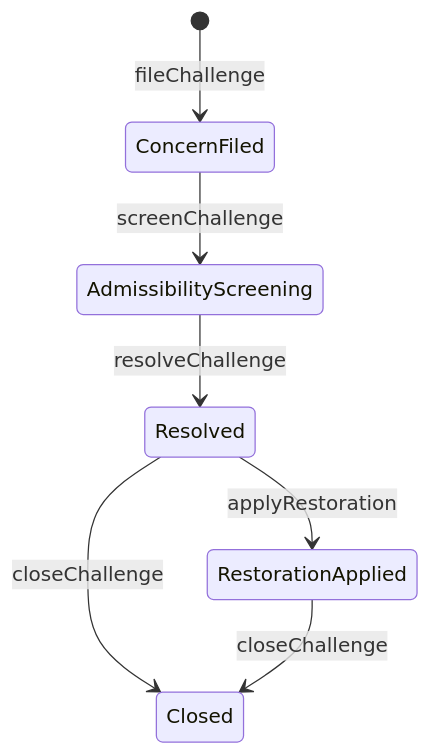
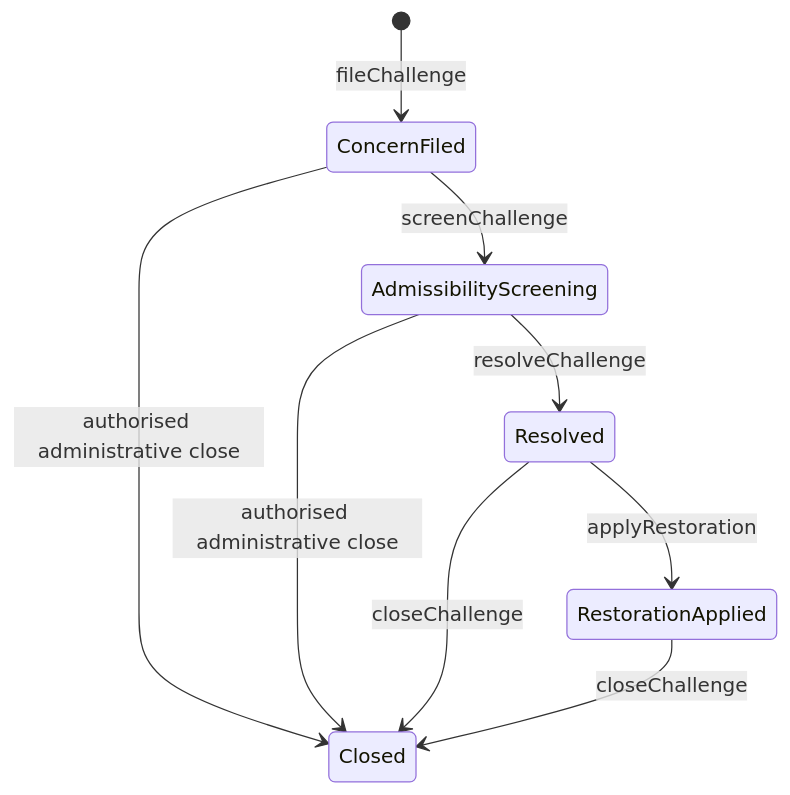
One commit to CyberChun0329/AVA-PeerReview changed the sixth of 12 diagrams in docs/state-machines.md. Above: the diagram before and after it, drawn with Mermaid. The commit also changed other lines of this file and 194 other files, not shown here.

````diff
--- a/docs/state-machines.md
+++ b/docs/state-machines.md
@@ -110,9 +241,11 @@
 ```mermaid
 stateDiagram-v2
     [*] --> ConcernFiled: fileChallenge
     ConcernFiled --> AdmissibilityScreening: screenChallenge
+    ConcernFiled --> Closed: authorised administrative close
+    AdmissibilityScreening --> Closed: authorised administrative close
     AdmissibilityScreening --> Resolved: resolveChallenge
     Resolved --> RestorationApplied: applyRestoration
     Resolved --> Closed: closeChallenge
     RestorationApplied --> Closed: closeChallenge
 ```
````
